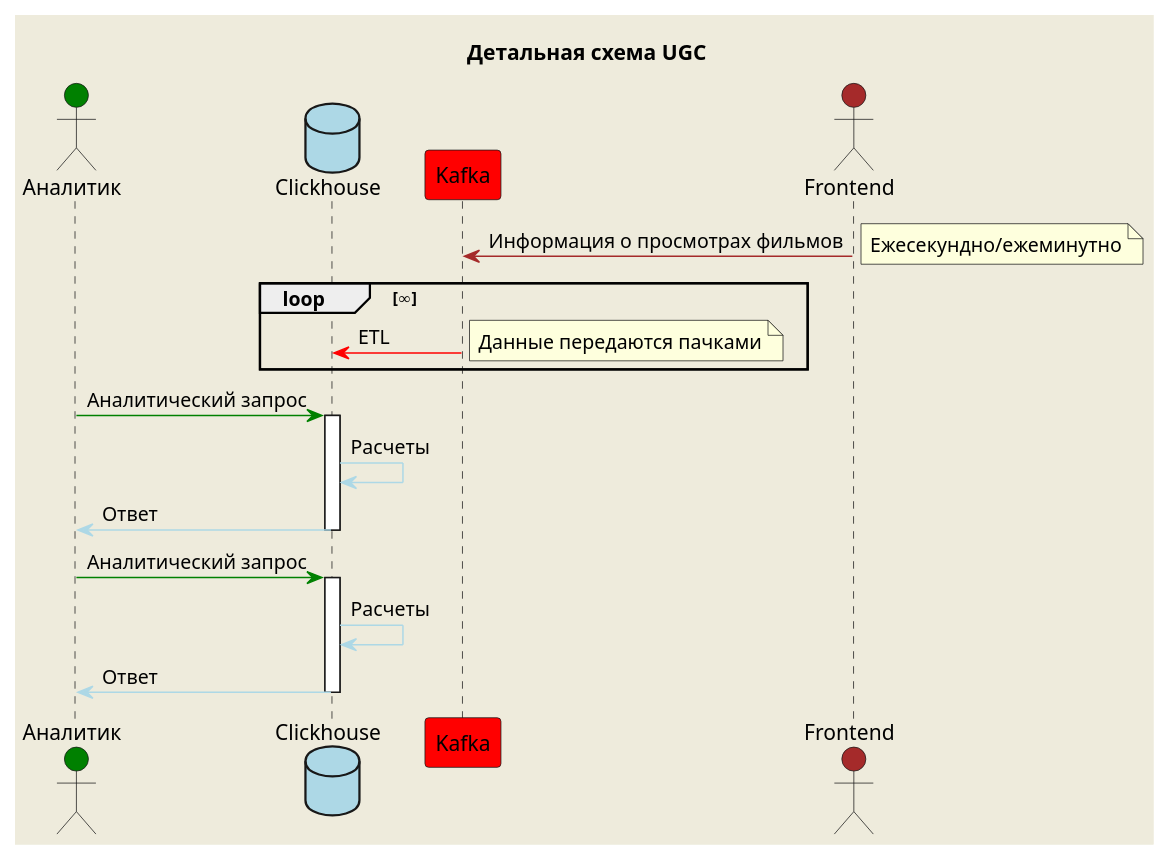
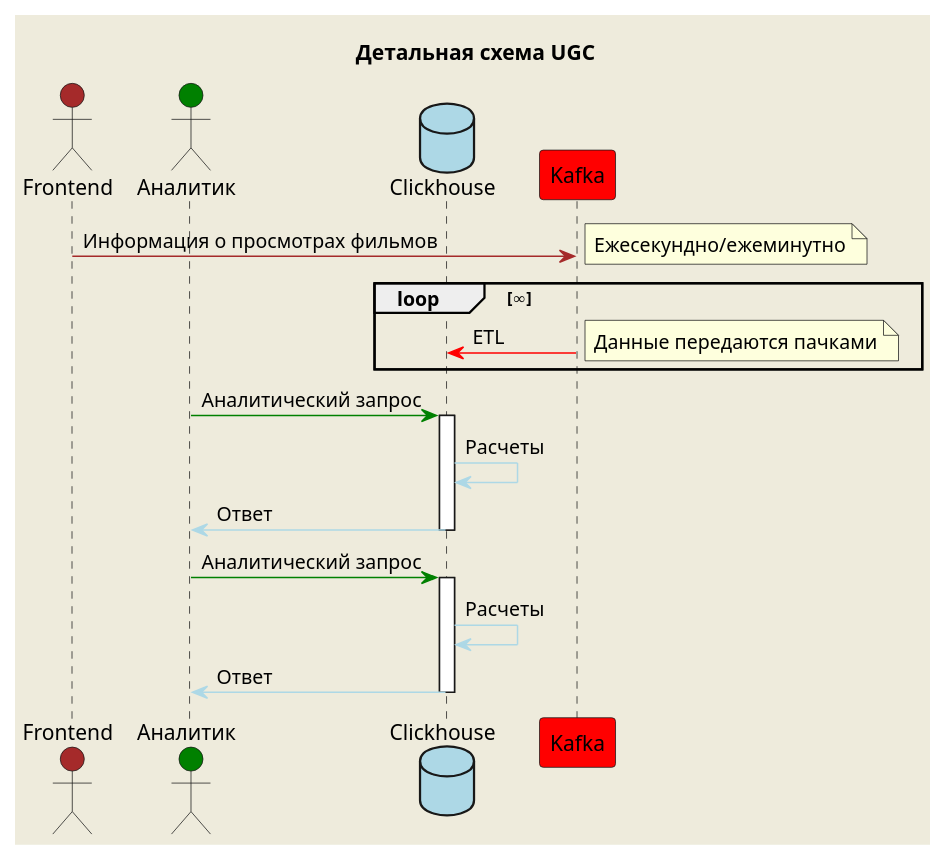
Before and after one commit to IAmIrina/ugc: the diagram in uml/ugc_detailed.plantuml, drawn with PlantUML. The commit also changed 2 other files, not shown here.

```diff
--- a/uml/ugc_detailed.plantuml
+++ b/uml/ugc_detailed.plantuml
@@ -1,35 +1,36 @@
 @startuml
 skinparam componentStyle uml2
 skinparam backgroundColor #EEEBDC
 skinparam responseMessageBelowArrow true
 
 title Детальная схема UGC 
 
 ' Участники
+actor Frontend #Brown
 actor "Аналитик" as User #Green
 database Clickhouse #Lightblue
 participant Kafka #Red
-actor Frontend #Brown
+
 
 ' Взаимодействия
 Frontend -[#brown]> Kafka: Информация о просмотрах фильмов
 note right: Ежесекундно/ежеминутно
 loop ∞
 Kafka -[#red]> Clickhouse: ETL
 note right: Данные передаются пачками
 end
 
 
 User -[#green]> Clickhouse: Аналитический запрос
 activate Clickhouse
 Clickhouse -[#lightblue]> Clickhouse: Расчеты
 Clickhouse -[#lightblue]> User: Ответ
 deactivate Clickhouse
 
 User -[#green]> Clickhouse: Аналитический запрос
 activate Clickhouse
 Clickhouse -[#lightblue]> Clickhouse: Расчеты
 Clickhouse -[#lightblue]> User: Ответ
 deactivate Clickhouse
 
 @enduml
```
